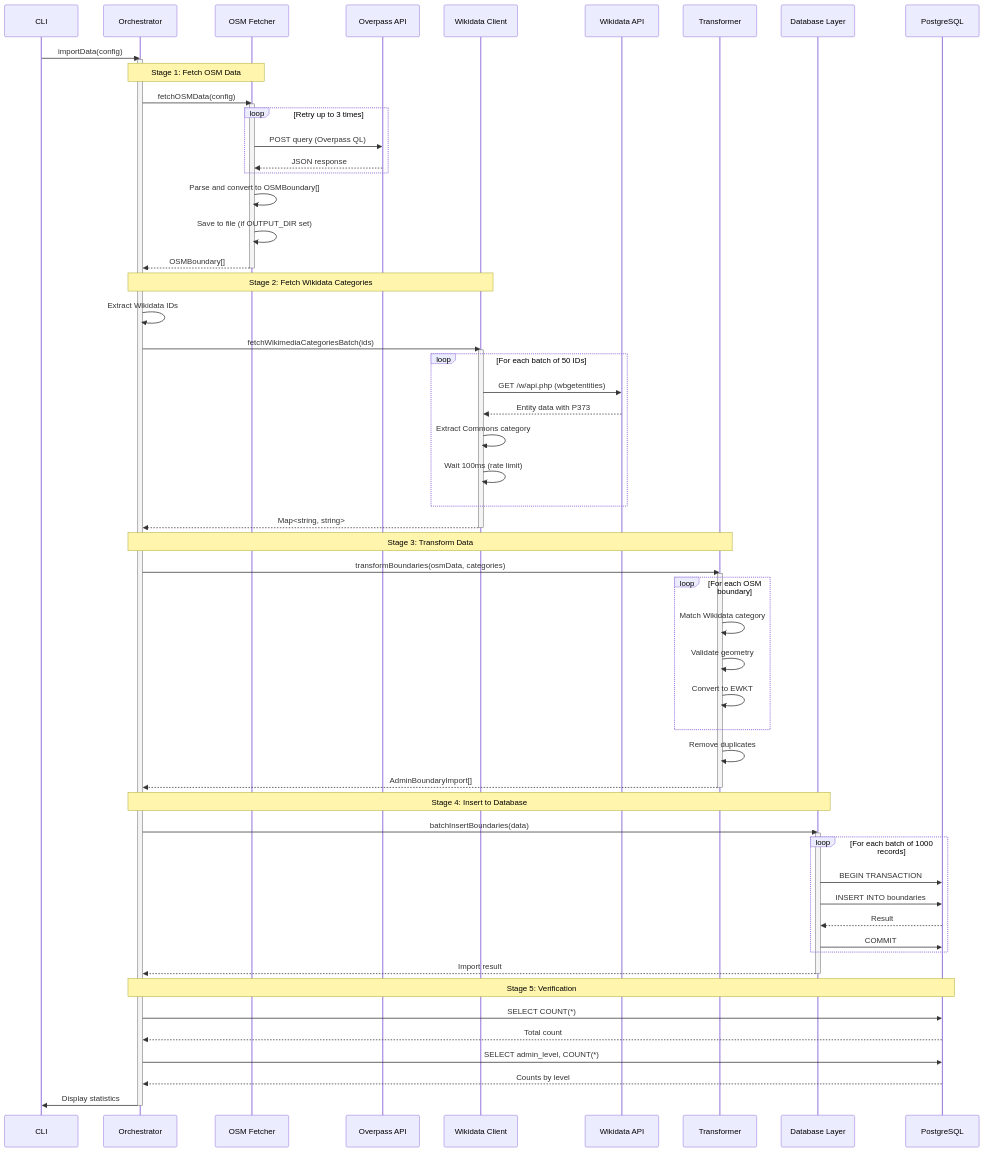
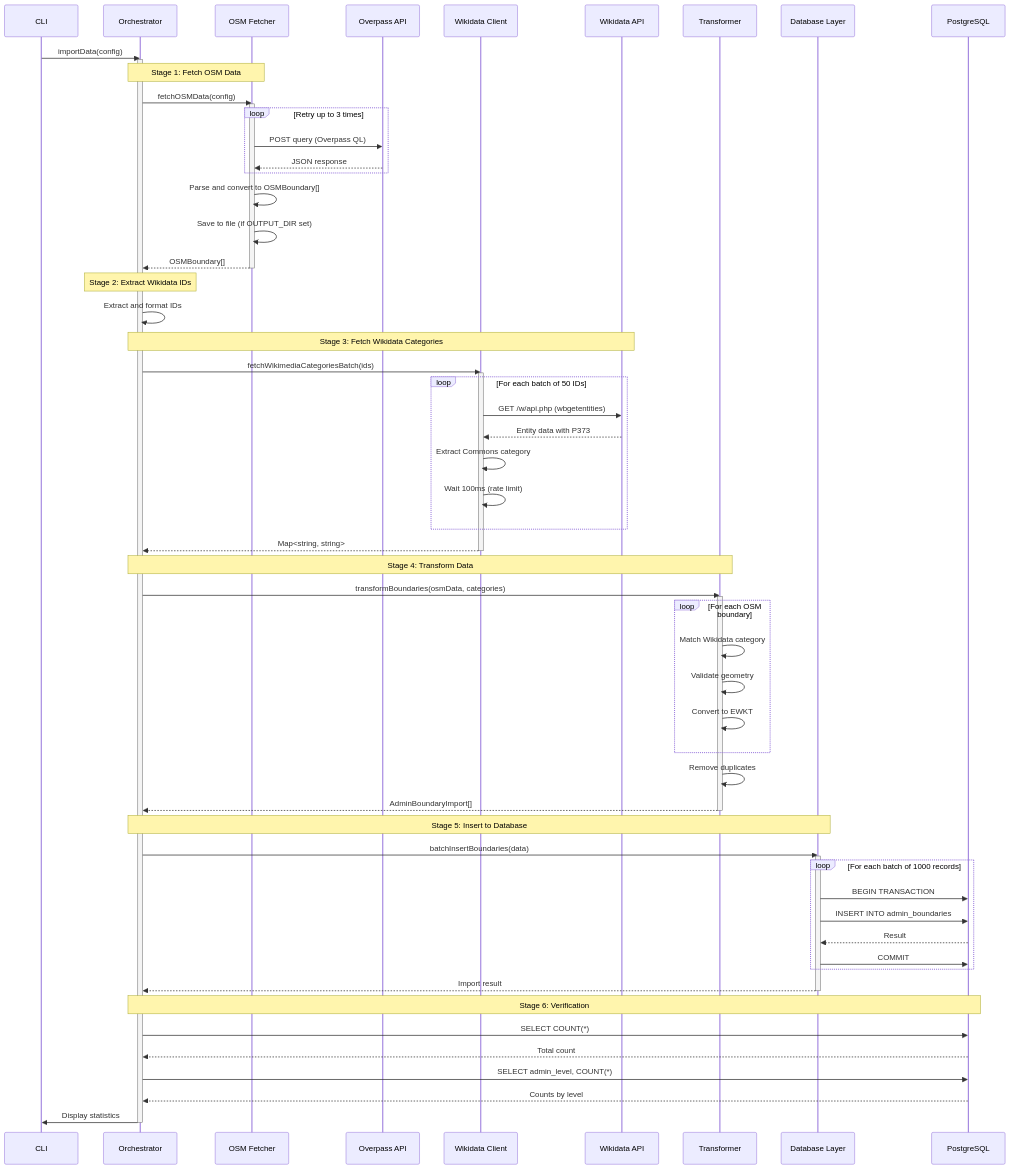
Before and after one commit to DaxServer/geocode-commons-categories: the second of 12 diagrams in docs/import/data-flow.md, drawn with Mermaid. The commit also changed other lines of this file and 5 other files, not shown here.

````diff
--- a/docs/import/data-flow.md
+++ b/docs/import/data-flow.md
@@ -84,72 +89,74 @@
 ```mermaid
 sequenceDiagram
     participant CLI as CLI
     participant Orch as Orchestrator
     participant OSM as OSM Fetcher
     participant Overpass as Overpass API
     participant WD as Wikidata Client
     participant Wikidata as Wikidata API
     participant Transform as Transformer
     participant DB as Database Layer
     participant PG as PostgreSQL
 
     CLI->>Orch: importData(config)
     activate Orch
 
     Note over Orch,OSM: Stage 1: Fetch OSM Data
     Orch->>OSM: fetchOSMData(config)
     activate OSM
     loop Retry up to 3 times
         OSM->>Overpass: POST query (Overpass QL)
         Overpass-->>OSM: JSON response
     end
     OSM->>OSM: Parse and convert to OSMBoundary[]
     OSM->>OSM: Save to file (if OUTPUT_DIR set)
     OSM-->>Orch: OSMBoundary[]
     deactivate OSM
 
-    Note over Orch,WD: Stage 2: Fetch Wikidata Categories
-    Orch->>Orch: Extract Wikidata IDs
+    Note over Orch: Stage 2: Extract Wikidata IDs
+    Orch->>Orch: Extract and format IDs
+
+    Note over Orch,Wikidata: Stage 3: Fetch Wikidata Categories
     Orch->>WD: fetchWikimediaCategoriesBatch(ids)
     activate WD
     loop For each batch of 50 IDs
         WD->>Wikidata: GET /w/api.php (wbgetentities)
         Wikidata-->>WD: Entity data with P373
         WD->>WD: Extract Commons category
         WD->>WD: Wait 100ms (rate limit)
     end
     WD-->>Orch: Map<string, string>
     deactivate WD
 
-    Note over Orch,Transform: Stage 3: Transform Data
+    Note over Orch,Transform: Stage 4: Transform Data
     Orch->>Transform: transformBoundaries(osmData, categories)
     activate Transform
     loop For each OSM boundary
         Transform->>Transform: Match Wikidata category
         Transform->>Transform: Validate geometry
         Transform->>Transform: Convert to EWKT
     end
     Transform->>Transform: Remove duplicates
     Transform-->>Orch: AdminBoundaryImport[]
     deactivate Transform
 
-    Note over Orch,DB: Stage 4: Insert to Database
+    Note over Orch,DB: Stage 5: Insert to Database
     Orch->>DB: batchInsertBoundaries(data)
     activate DB
     loop For each batch of 1000 records
         DB->>PG: BEGIN TRANSACTION
-        DB->>PG: INSERT INTO boundaries
+        DB->>PG: INSERT INTO admin_boundaries
         PG-->>DB: Result
         DB->>PG: COMMIT
     end
     DB-->>Orch: Import result
     deactivate DB
 
-    Note over Orch,PG: Stage 5: Verification
+    Note over Orch,PG: Stage 6: Verification
     Orch->>PG: SELECT COUNT(*)
     PG-->>Orch: Total count
     Orch->>PG: SELECT admin_level, COUNT(*)
     PG-->>Orch: Counts by level
     Orch->>CLI: Display statistics
     deactivate Orch
 ```
````
